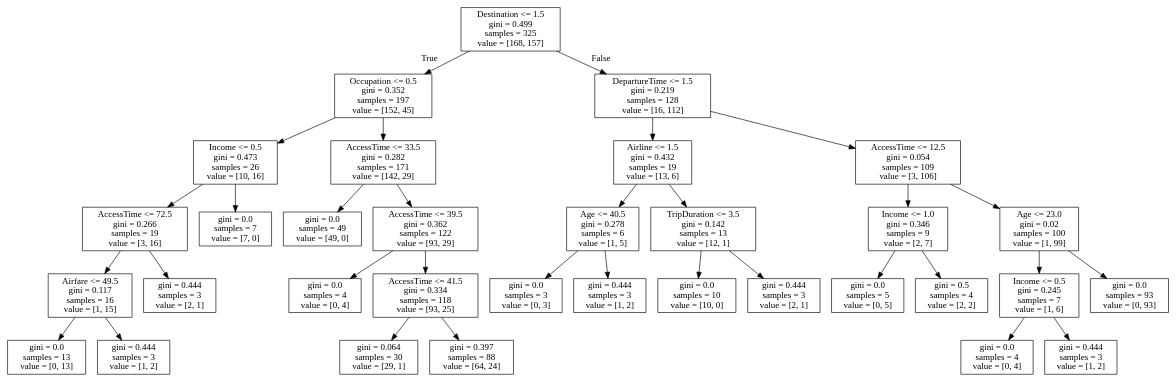
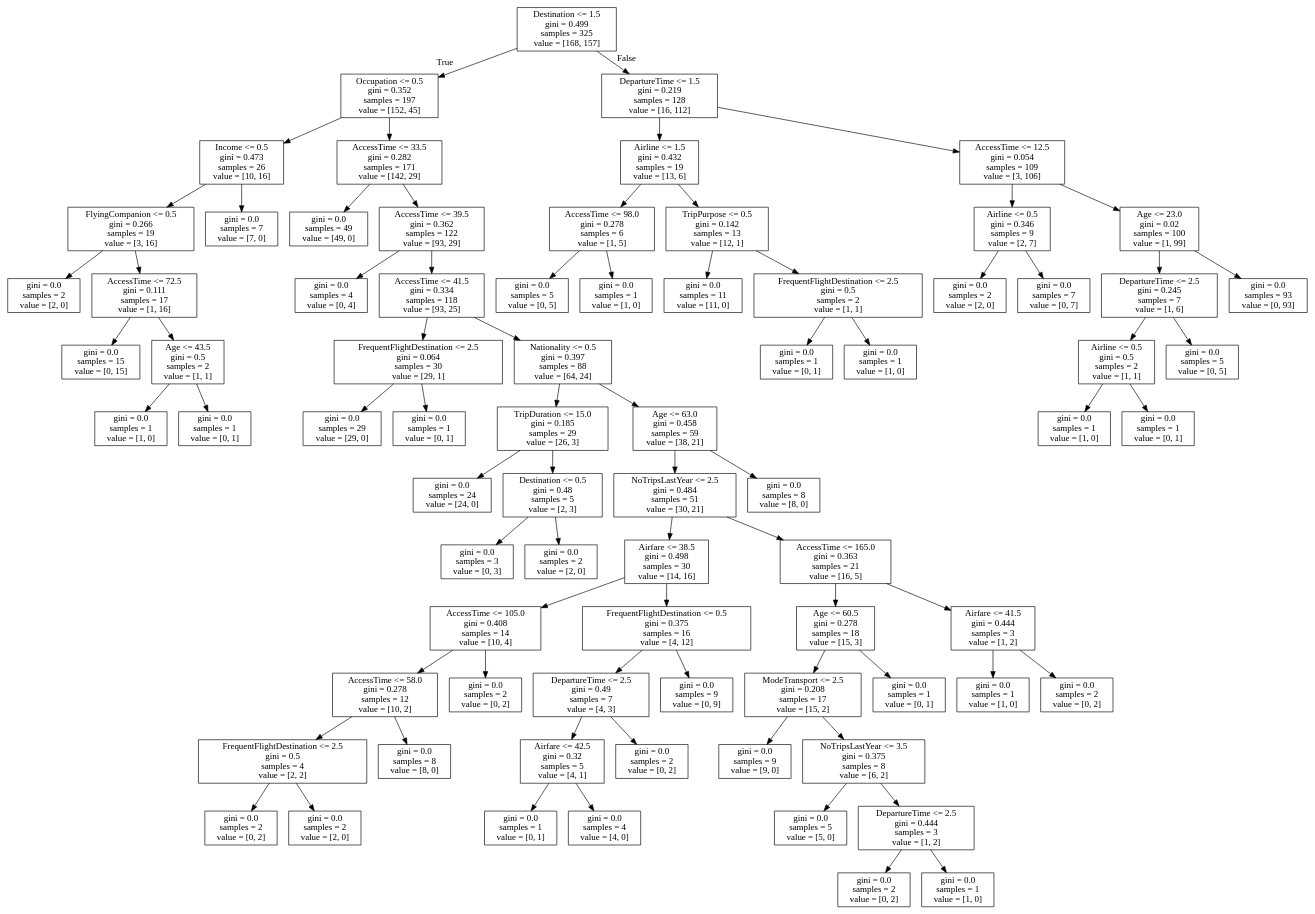
The diagram in Dtree_airport_1.dot (haoditu/BUAN_5310_ML), drawn with Graphviz before and after one commit. The commit also changed 3 other files, not shown here.

```diff
--- a/Dtree_airport_1.dot
+++ b/Dtree_airport_1.dot
@@ -1,68 +1,156 @@
 digraph Tree {
 node [shape=box] ;
 0 [label="Destination <= 1.5\ngini = 0.499\nsamples = 325\nvalue = [168, 157]"] ;
 1 [label="Occupation <= 0.5\ngini = 0.352\nsamples = 197\nvalue = [152, 45]"] ;
 0 -> 1 [labeldistance=2.5, labelangle=45, headlabel="True"] ;
 2 [label="Income <= 0.5\ngini = 0.473\nsamples = 26\nvalue = [10, 16]"] ;
 1 -> 2 ;
-3 [label="AccessTime <= 72.5\ngini = 0.266\nsamples = 19\nvalue = [3, 16]"] ;
+3 [label="FlyingCompanion <= 0.5\ngini = 0.266\nsamples = 19\nvalue = [3, 16]"] ;
 2 -> 3 ;
-4 [label="Airfare <= 49.5\ngini = 0.117\nsamples = 16\nvalue = [1, 15]"] ;
+4 [label="gini = 0.0\nsamples = 2\nvalue = [2, 0]"] ;
 3 -> 4 ;
-5 [label="gini = 0.0\nsamples = 13\nvalue = [0, 13]"] ;
-4 -> 5 ;
-6 [label="gini = 0.444\nsamples = 3\nvalue = [1, 2]"] ;
-4 -> 6 ;
-7 [label="gini = 0.444\nsamples = 3\nvalue = [2, 1]"] ;
-3 -> 7 ;
-8 [label="gini = 0.0\nsamples = 7\nvalue = [7, 0]"] ;
-2 -> 8 ;
-9 [label="AccessTime <= 33.5\ngini = 0.282\nsamples = 171\nvalue = [142, 29]"] ;
-1 -> 9 ;
-10 [label="gini = 0.0\nsamples = 49\nvalue = [49, 0]"] ;
-9 -> 10 ;
-11 [label="AccessTime <= 39.5\ngini = 0.362\nsamples = 122\nvalue = [93, 29]"] ;
-9 -> 11 ;
-12 [label="gini = 0.0\nsamples = 4\nvalue = [0, 4]"] ;
+5 [label="AccessTime <= 72.5\ngini = 0.111\nsamples = 17\nvalue = [1, 16]"] ;
+3 -> 5 ;
+6 [label="gini = 0.0\nsamples = 15\nvalue = [0, 15]"] ;
+5 -> 6 ;
+7 [label="Age <= 43.5\ngini = 0.5\nsamples = 2\nvalue = [1, 1]"] ;
+5 -> 7 ;
+8 [label="gini = 0.0\nsamples = 1\nvalue = [1, 0]"] ;
+7 -> 8 ;
+9 [label="gini = 0.0\nsamples = 1\nvalue = [0, 1]"] ;
+7 -> 9 ;
+10 [label="gini = 0.0\nsamples = 7\nvalue = [7, 0]"] ;
+2 -> 10 ;
+11 [label="AccessTime <= 33.5\ngini = 0.282\nsamples = 171\nvalue = [142, 29]"] ;
+1 -> 11 ;
+12 [label="gini = 0.0\nsamples = 49\nvalue = [49, 0]"] ;
 11 -> 12 ;
-13 [label="AccessTime <= 41.5\ngini = 0.334\nsamples = 118\nvalue = [93, 25]"] ;
+13 [label="AccessTime <= 39.5\ngini = 0.362\nsamples = 122\nvalue = [93, 29]"] ;
 11 -> 13 ;
-14 [label="gini = 0.064\nsamples = 30\nvalue = [29, 1]"] ;
+14 [label="gini = 0.0\nsamples = 4\nvalue = [0, 4]"] ;
 13 -> 14 ;
-15 [label="gini = 0.397\nsamples = 88\nvalue = [64, 24]"] ;
+15 [label="AccessTime <= 41.5\ngini = 0.334\nsamples = 118\nvalue = [93, 25]"] ;
 13 -> 15 ;
-16 [label="DepartureTime <= 1.5\ngini = 0.219\nsamples = 128\nvalue = [16, 112]"] ;
-0 -> 16 [labeldistance=2.5, labelangle=-45, headlabel="False"] ;
-17 [label="Airline <= 1.5\ngini = 0.432\nsamples = 19\nvalue = [13, 6]"] ;
+16 [label="FrequentFlightDestination <= 2.5\ngini = 0.064\nsamples = 30\nvalue = [29, 1]"] ;
+15 -> 16 ;
+17 [label="gini = 0.0\nsamples = 29\nvalue = [29, 0]"] ;
 16 -> 17 ;
-18 [label="Age <= 40.5\ngini = 0.278\nsamples = 6\nvalue = [1, 5]"] ;
-17 -> 18 ;
-19 [label="gini = 0.0\nsamples = 3\nvalue = [0, 3]"] ;
-18 -> 19 ;
-20 [label="gini = 0.444\nsamples = 3\nvalue = [1, 2]"] ;
-18 -> 20 ;
-21 [label="TripDuration <= 3.5\ngini = 0.142\nsamples = 13\nvalue = [12, 1]"] ;
-17 -> 21 ;
-22 [label="gini = 0.0\nsamples = 10\nvalue = [10, 0]"] ;
-21 -> 22 ;
-23 [label="gini = 0.444\nsamples = 3\nvalue = [2, 1]"] ;
-21 -> 23 ;
-24 [label="AccessTime <= 12.5\ngini = 0.054\nsamples = 109\nvalue = [3, 106]"] ;
-16 -> 24 ;
-25 [label="Income <= 1.0\ngini = 0.346\nsamples = 9\nvalue = [2, 7]"] ;
-24 -> 25 ;
-26 [label="gini = 0.0\nsamples = 5\nvalue = [0, 5]"] ;
+18 [label="gini = 0.0\nsamples = 1\nvalue = [0, 1]"] ;
+16 -> 18 ;
+19 [label="Nationality <= 0.5\ngini = 0.397\nsamples = 88\nvalue = [64, 24]"] ;
+15 -> 19 ;
+20 [label="TripDuration <= 15.0\ngini = 0.185\nsamples = 29\nvalue = [26, 3]"] ;
+19 -> 20 ;
+21 [label="gini = 0.0\nsamples = 24\nvalue = [24, 0]"] ;
+20 -> 21 ;
+22 [label="Destination <= 0.5\ngini = 0.48\nsamples = 5\nvalue = [2, 3]"] ;
+20 -> 22 ;
+23 [label="gini = 0.0\nsamples = 3\nvalue = [0, 3]"] ;
+22 -> 23 ;
+24 [label="gini = 0.0\nsamples = 2\nvalue = [2, 0]"] ;
+22 -> 24 ;
+25 [label="Age <= 63.0\ngini = 0.458\nsamples = 59\nvalue = [38, 21]"] ;
+19 -> 25 ;
+26 [label="NoTripsLastYear <= 2.5\ngini = 0.484\nsamples = 51\nvalue = [30, 21]"] ;
 25 -> 26 ;
-27 [label="gini = 0.5\nsamples = 4\nvalue = [2, 2]"] ;
-25 -> 27 ;
-28 [label="Age <= 23.0\ngini = 0.02\nsamples = 100\nvalue = [1, 99]"] ;
-24 -> 28 ;
-29 [label="Income <= 0.5\ngini = 0.245\nsamples = 7\nvalue = [1, 6]"] ;
+27 [label="Airfare <= 38.5\ngini = 0.498\nsamples = 30\nvalue = [14, 16]"] ;
+26 -> 27 ;
+28 [label="AccessTime <= 105.0\ngini = 0.408\nsamples = 14\nvalue = [10, 4]"] ;
+27 -> 28 ;
+29 [label="AccessTime <= 58.0\ngini = 0.278\nsamples = 12\nvalue = [10, 2]"] ;
 28 -> 29 ;
-30 [label="gini = 0.0\nsamples = 4\nvalue = [0, 4]"] ;
+30 [label="FrequentFlightDestination <= 2.5\ngini = 0.5\nsamples = 4\nvalue = [2, 2]"] ;
 29 -> 30 ;
-31 [label="gini = 0.444\nsamples = 3\nvalue = [1, 2]"] ;
-29 -> 31 ;
-32 [label="gini = 0.0\nsamples = 93\nvalue = [0, 93]"] ;
-28 -> 32 ;
+31 [label="gini = 0.0\nsamples = 2\nvalue = [0, 2]"] ;
+30 -> 31 ;
+32 [label="gini = 0.0\nsamples = 2\nvalue = [2, 0]"] ;
+30 -> 32 ;
+33 [label="gini = 0.0\nsamples = 8\nvalue = [8, 0]"] ;
+29 -> 33 ;
+34 [label="gini = 0.0\nsamples = 2\nvalue = [0, 2]"] ;
+28 -> 34 ;
+35 [label="FrequentFlightDestination <= 0.5\ngini = 0.375\nsamples = 16\nvalue = [4, 12]"] ;
+27 -> 35 ;
+36 [label="DepartureTime <= 2.5\ngini = 0.49\nsamples = 7\nvalue = [4, 3]"] ;
+35 -> 36 ;
+37 [label="Airfare <= 42.5\ngini = 0.32\nsamples = 5\nvalue = [4, 1]"] ;
+36 -> 37 ;
+38 [label="gini = 0.0\nsamples = 1\nvalue = [0, 1]"] ;
+37 -> 38 ;
+39 [label="gini = 0.0\nsamples = 4\nvalue = [4, 0]"] ;
+37 -> 39 ;
+40 [label="gini = 0.0\nsamples = 2\nvalue = [0, 2]"] ;
+36 -> 40 ;
+41 [label="gini = 0.0\nsamples = 9\nvalue = [0, 9]"] ;
+35 -> 41 ;
+42 [label="AccessTime <= 165.0\ngini = 0.363\nsamples = 21\nvalue = [16, 5]"] ;
+26 -> 42 ;
+43 [label="Age <= 60.5\ngini = 0.278\nsamples = 18\nvalue = [15, 3]"] ;
+42 -> 43 ;
+44 [label="ModeTransport <= 2.5\ngini = 0.208\nsamples = 17\nvalue = [15, 2]"] ;
+43 -> 44 ;
+45 [label="gini = 0.0\nsamples = 9\nvalue = [9, 0]"] ;
+44 -> 45 ;
+46 [label="NoTripsLastYear <= 3.5\ngini = 0.375\nsamples = 8\nvalue = [6, 2]"] ;
+44 -> 46 ;
+47 [label="gini = 0.0\nsamples = 5\nvalue = [5, 0]"] ;
+46 -> 47 ;
+48 [label="DepartureTime <= 2.5\ngini = 0.444\nsamples = 3\nvalue = [1, 2]"] ;
+46 -> 48 ;
+49 [label="gini = 0.0\nsamples = 2\nvalue = [0, 2]"] ;
+48 -> 49 ;
+50 [label="gini = 0.0\nsamples = 1\nvalue = [1, 0]"] ;
+48 -> 50 ;
+51 [label="gini = 0.0\nsamples = 1\nvalue = [0, 1]"] ;
+43 -> 51 ;
+52 [label="Airfare <= 41.5\ngini = 0.444\nsamples = 3\nvalue = [1, 2]"] ;
+42 -> 52 ;
+53 [label="gini = 0.0\nsamples = 1\nvalue = [1, 0]"] ;
+52 -> 53 ;
+54 [label="gini = 0.0\nsamples = 2\nvalue = [0, 2]"] ;
+52 -> 54 ;
+55 [label="gini = 0.0\nsamples = 8\nvalue = [8, 0]"] ;
+25 -> 55 ;
+56 [label="DepartureTime <= 1.5\ngini = 0.219\nsamples = 128\nvalue = [16, 112]"] ;
+0 -> 56 [labeldistance=2.5, labelangle=-45, headlabel="False"] ;
+57 [label="Airline <= 1.5\ngini = 0.432\nsamples = 19\nvalue = [13, 6]"] ;
+56 -> 57 ;
+58 [label="AccessTime <= 98.0\ngini = 0.278\nsamples = 6\nvalue = [1, 5]"] ;
+57 -> 58 ;
+59 [label="gini = 0.0\nsamples = 5\nvalue = [0, 5]"] ;
+58 -> 59 ;
+60 [label="gini = 0.0\nsamples = 1\nvalue = [1, 0]"] ;
+58 -> 60 ;
+61 [label="TripPurpose <= 0.5\ngini = 0.142\nsamples = 13\nvalue = [12, 1]"] ;
+57 -> 61 ;
+62 [label="gini = 0.0\nsamples = 11\nvalue = [11, 0]"] ;
+61 -> 62 ;
+63 [label="FrequentFlightDestination <= 2.5\ngini = 0.5\nsamples = 2\nvalue = [1, 1]"] ;
+61 -> 63 ;
+64 [label="gini = 0.0\nsamples = 1\nvalue = [0, 1]"] ;
+63 -> 64 ;
+65 [label="gini = 0.0\nsamples = 1\nvalue = [1, 0]"] ;
+63 -> 65 ;
+66 [label="AccessTime <= 12.5\ngini = 0.054\nsamples = 109\nvalue = [3, 106]"] ;
+56 -> 66 ;
+67 [label="Airline <= 0.5\ngini = 0.346\nsamples = 9\nvalue = [2, 7]"] ;
+66 -> 67 ;
+68 [label="gini = 0.0\nsamples = 2\nvalue = [2, 0]"] ;
+67 -> 68 ;
+69 [label="gini = 0.0\nsamples = 7\nvalue = [0, 7]"] ;
+67 -> 69 ;
+70 [label="Age <= 23.0\ngini = 0.02\nsamples = 100\nvalue = [1, 99]"] ;
+66 -> 70 ;
+71 [label="DepartureTime <= 2.5\ngini = 0.245\nsamples = 7\nvalue = [1, 6]"] ;
+70 -> 71 ;
+72 [label="Airline <= 0.5\ngini = 0.5\nsamples = 2\nvalue = [1, 1]"] ;
+71 -> 72 ;
+73 [label="gini = 0.0\nsamples = 1\nvalue = [1, 0]"] ;
+72 -> 73 ;
+74 [label="gini = 0.0\nsamples = 1\nvalue = [0, 1]"] ;
+72 -> 74 ;
+75 [label="gini = 0.0\nsamples = 5\nvalue = [0, 5]"] ;
+71 -> 75 ;
+76 [label="gini = 0.0\nsamples = 93\nvalue = [0, 93]"] ;
+70 -> 76 ;
 }
```
